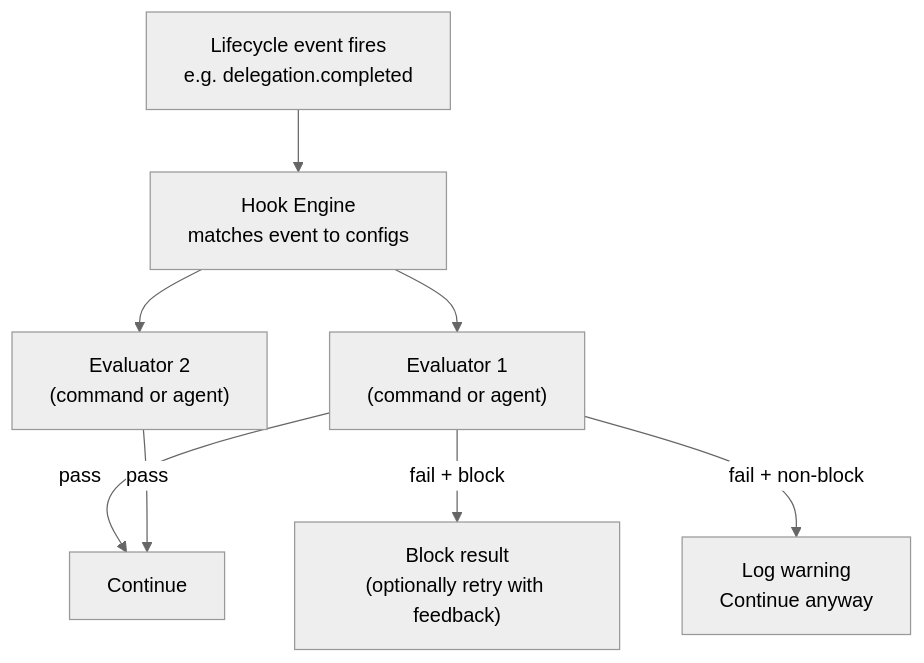
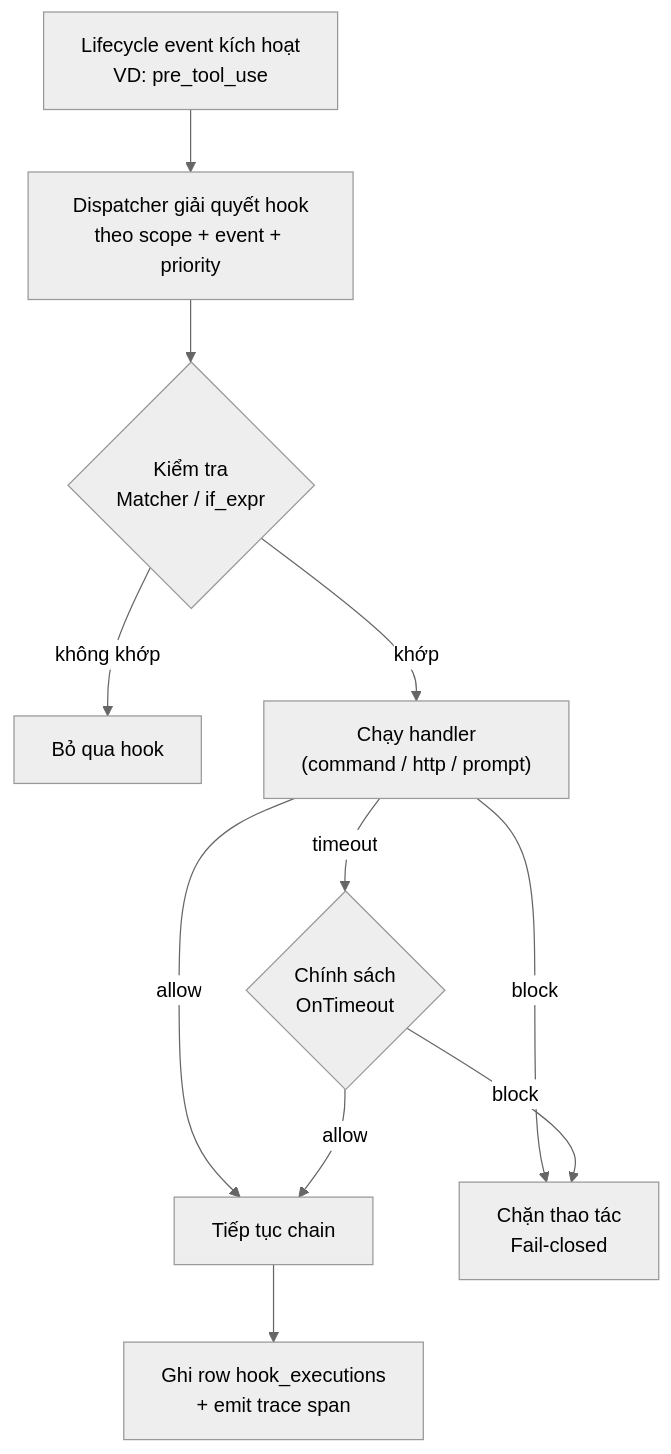
The diagram in vi/advanced/hooks-quality-gates.md (q1t-architect/goclaw-docs), drawn with Mermaid (neutral theme) before and after one commit. The commit also changed other lines of this file and 37 other files, not shown here.

````diff
--- a/vi/advanced/hooks-quality-gates.md
+++ b/vi/advanced/hooks-quality-gates.md
@@ -55,10 +53,13 @@
 ```mermaid
 flowchart TD
-    EVENT["Lifecycle event fires\ne.g. delegation.completed"] --> ENGINE["Hook Engine\nmatches event to configs"]
-    ENGINE --> EVAL1["Evaluator 1\n(command or agent)"]
-    ENGINE --> EVAL2["Evaluator 2\n(command or agent)"]
-    EVAL1 -->|pass| NEXT["Continue"]
-    EVAL1 -->|fail + block| BLOCK["Block result\n(optionally retry with feedback)"]
-    EVAL1 -->|fail + non-block| LOG["Log warning\nContinue anyway"]
-    EVAL2 -->|pass| NEXT
+    EVENT["Lifecycle event kích hoạt\nVD: pre_tool_use"] --> RESOLVE["Dispatcher giải quyết hook\ntheo scope + event + priority"]
+    RESOLVE --> MATCH{"Kiểm tra\nMatcher / if_expr"}
+    MATCH -->|không khớp| SKIP["Bỏ qua hook"]
+    MATCH -->|khớp| HANDLER["Chạy handler\n(command / http / prompt)"]
+    HANDLER -->|allow| NEXT["Tiếp tục chain"]
+    HANDLER -->|block| BLOCKED["Chặn thao tác\nFail-closed"]
+    HANDLER -->|timeout| TIMEOUT_DECISION{"Chính sách\nOnTimeout"}
+    TIMEOUT_DECISION -->|block| BLOCKED
+    TIMEOUT_DECISION -->|allow| NEXT
+    NEXT --> AUDIT["Ghi row hook_executions\n+ emit trace span"]
 ```
````
